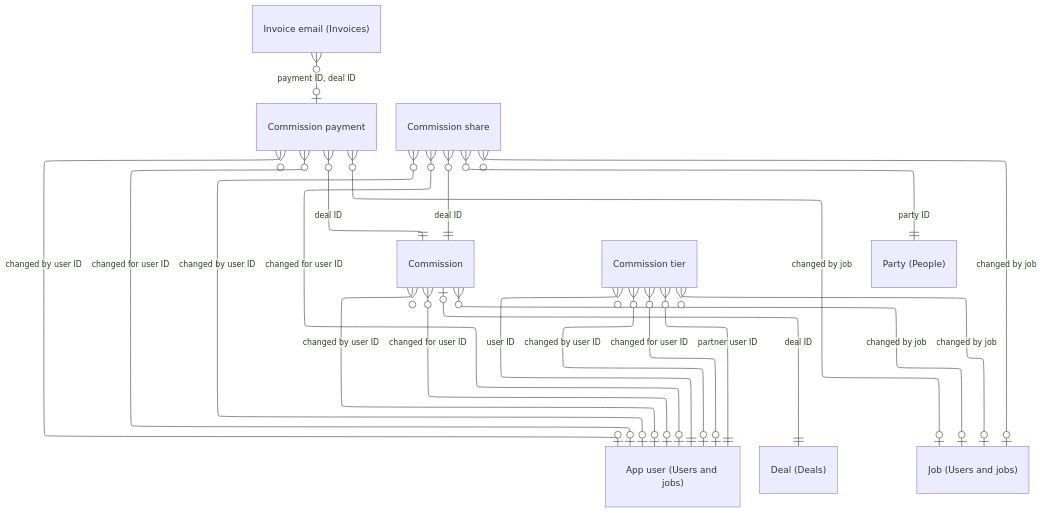
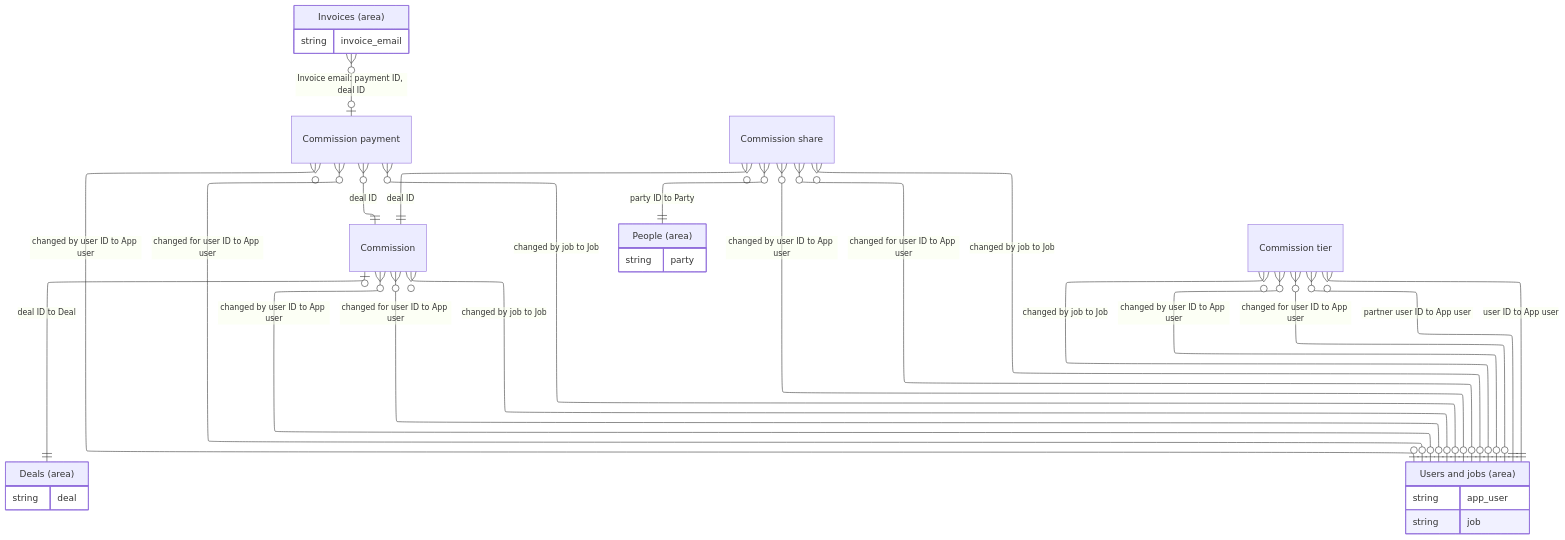
Before and after one commit to DoctorCRE/doctorcre-engine: the diagram in docs/database/tables/viewpoint-commissions.md, drawn with Mermaid. The commit also changed 152 other files, not shown here.

````diff
--- a/docs/database/tables/viewpoint-commissions.md
+++ b/docs/database/tables/viewpoint-commissions.md
@@ -3,33 +3,46 @@
 ```mermaid
 ---
 config:
   layout: elk
   er:
     nodeSpacing: 22
     rankSpacing: 44
 ---
 erDiagram
   "Commission"
   "Commission payment"
   "Commission share"
   "Commission tier"
-  "Commission" }o--o| "App user (Users and jobs)" : "changed by user ID"
-  "Commission" }o--o| "App user (Users and jobs)" : "changed for user ID"
-  "Commission" |o--|| "Deal (Deals)" : "deal ID"
-  "Commission" }o--o| "Job (Users and jobs)" : "changed by job"
-  "Commission payment" }o--o| "App user (Users and jobs)" : "changed by user ID"
-  "Commission payment" }o--o| "App user (Users and jobs)" : "changed for user ID"
+  "Deals (area)" {
+    string deal
+  }
+  "Invoices (area)" {
+    string invoice_email
+  }
+  "People (area)" {
+    string party
+  }
+  "Users and jobs (area)" {
+    string app_user
+    string job
+  }
+  "Commission" }o--o| "Users and jobs (area)" : "changed by user ID to App user"
+  "Commission" }o--o| "Users and jobs (area)" : "changed for user ID to App user"
+  "Commission" |o--|| "Deals (area)" : "deal ID to Deal"
+  "Commission" }o--o| "Users and jobs (area)" : "changed by job to Job"
+  "Commission payment" }o--o| "Users and jobs (area)" : "changed by user ID to App user"
+  "Commission payment" }o--o| "Users and jobs (area)" : "changed for user ID to App user"
   "Commission payment" }o--|| "Commission" : "deal ID"
-  "Commission payment" }o--o| "Job (Users and jobs)" : "changed by job"
-  "Commission share" }o--o| "App user (Users and jobs)" : "changed by user ID"
-  "Commission share" }o--o| "App user (Users and jobs)" : "changed for user ID"
+  "Commission payment" }o--o| "Users and jobs (area)" : "changed by job to Job"
+  "Commission share" }o--o| "Users and jobs (area)" : "changed by user ID to App user"
+  "Commission share" }o--o| "Users and jobs (area)" : "changed for user ID to App user"
   "Commission share" }o--|| "Commission" : "deal ID"
-  "Commission share" }o--o| "Job (Users and jobs)" : "changed by job"
-  "Commission share" }o--|| "Party (People)" : "party ID"
-  "Commission tier" }o--o| "App user (Users and jobs)" : "changed by user ID"
-  "Commission tier" }o--o| "App user (Users and jobs)" : "changed for user ID"
-  "Commission tier" }o--|| "App user (Users and jobs)" : "partner user ID"
-  "Commission tier" }o--|| "App user (Users and jobs)" : "user ID"
-  "Commission tier" }o--o| "Job (Users and jobs)" : "changed by job"
-  "Invoice email (Invoices)" }o--o| "Commission payment" : "payment ID, deal ID"
+  "Commission share" }o--o| "Users and jobs (area)" : "changed by job to Job"
+  "Commission share" }o--|| "People (area)" : "party ID to Party"
+  "Commission tier" }o--o| "Users and jobs (area)" : "changed by user ID to App user"
+  "Commission tier" }o--o| "Users and jobs (area)" : "changed for user ID to App user"
+  "Commission tier" }o--|| "Users and jobs (area)" : "partner user ID to App user"
+  "Commission tier" }o--|| "Users and jobs (area)" : "user ID to App user"
+  "Commission tier" }o--o| "Users and jobs (area)" : "changed by job to Job"
+  "Invoices (area)" }o--o| "Commission payment" : "Invoice email: payment ID, deal ID"
 ```
````
